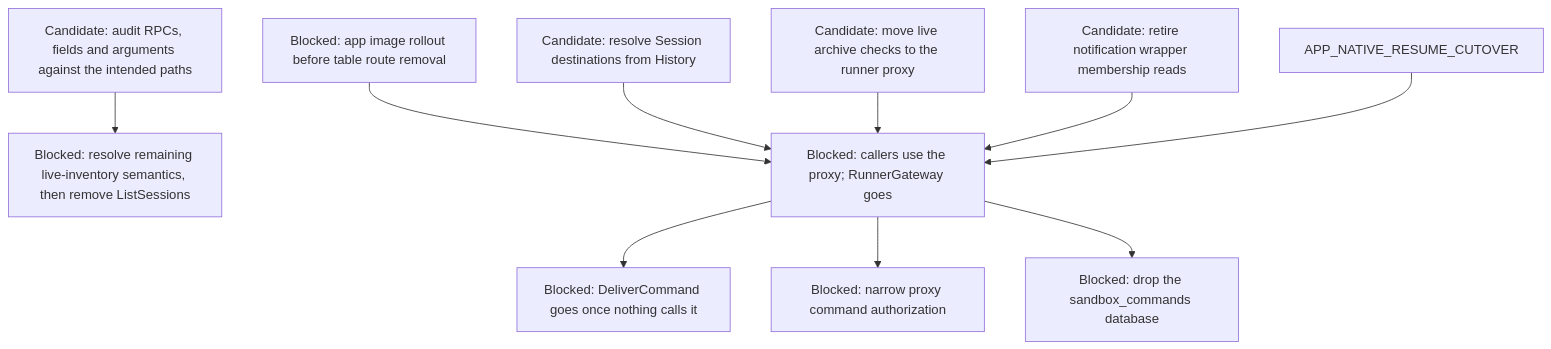
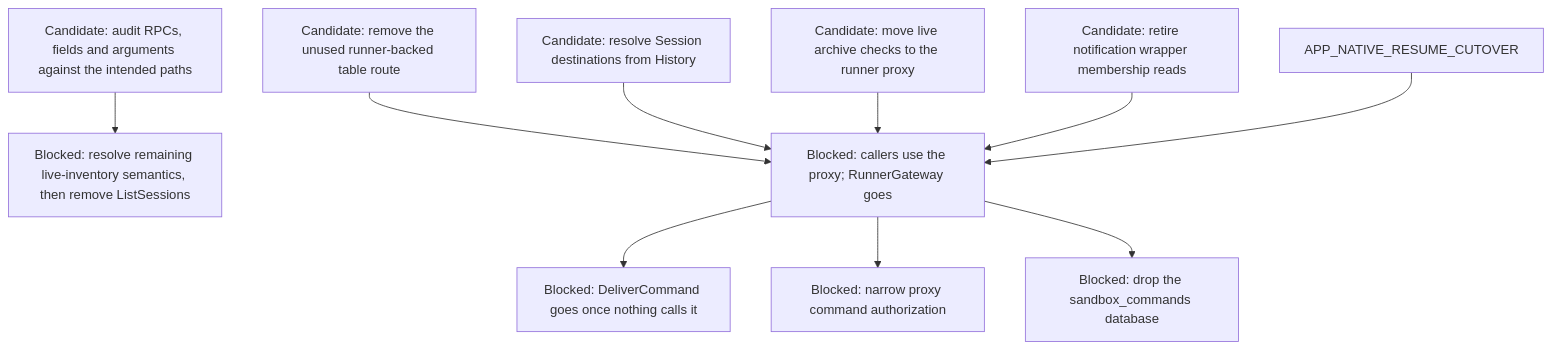
Diagram 15 of 15 in agentplane/plans/task_dag.md (agentydragon/ducktape), drawn with Mermaid before and after one commit. The commit also changed other lines of this file, not shown here.

Commit message:
Clear verified runner and app rollout gates

````diff
--- a/agentplane/plans/task_dag.md
+++ b/agentplane/plans/task_dag.md
@@ -1044,17 +1034,17 @@
 ```mermaid
 flowchart TD
     RUNNER_COMMAND_RPCS[Blocked: DeliverCommand goes once nothing calls it]
     CONTROL_SURFACE_RETIREMENT_AUDIT[Candidate: audit RPCs, fields and arguments against the intended paths]
     CONTROL_SURFACE_RETIREMENT_AUDIT --> RUNNER_LIST_SESSIONS_RETIRE[Blocked: resolve remaining live-inventory semantics, then remove ListSessions]
     GATEWAY_WRAPPER_RETIRE --> RUNNER_COMMAND_RPCS
     GATEWAY_WRAPPER_RETIRE[Blocked: callers use the proxy; RunnerGateway goes]
-    APP_SESSION_LIST_ROUTE_RETIRE[Blocked: app image rollout before table route removal] --> GATEWAY_WRAPPER_RETIRE
+    APP_SESSION_LIST_ROUTE_RETIRE[Candidate: remove the unused runner-backed table route] --> GATEWAY_WRAPPER_RETIRE
     APP_SESSION_DESTINATION_HISTORY[Candidate: resolve Session destinations from History] --> GATEWAY_WRAPPER_RETIRE
     APP_ARCHIVE_RUNNER_READ_MIGRATION[Candidate: move live archive checks to the runner proxy] --> GATEWAY_WRAPPER_RETIRE
     NOTIFICATION_SESSION_MEMBERSHIP_MIGRATION[Candidate: retire notification wrapper membership reads] --> GATEWAY_WRAPPER_RETIRE
     APP_NATIVE_RESUME_CUTOVER --> GATEWAY_WRAPPER_RETIRE
     GATEWAY_DATABASE_DROP[Blocked: drop the sandbox_commands database]
     PROXY_START_METHODS_DISPATCHER_ONLY[Blocked: narrow proxy command authorization]
     GATEWAY_WRAPPER_RETIRE --> PROXY_START_METHODS_DISPATCHER_ONLY
     GATEWAY_WRAPPER_RETIRE --> GATEWAY_DATABASE_DROP
 ```
````
